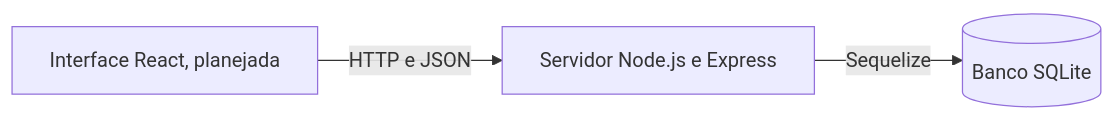
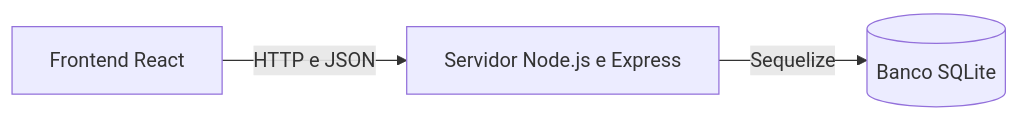
One commit to inzekwe/Online-Restaurant-Grupo-1- changed the first of 2 diagrams in README.md. Above: the diagram before and after it, drawn with Mermaid. The commit also changed other lines of this file and 19 other files, not shown here.

````diff
--- a/README.md
+++ b/README.md
@@ -46,5 +49,5 @@
 ```mermaid
 flowchart LR
-    Browser[Interface React, planejada] -->|HTTP e JSON| API[Servidor Node.js e Express]
+    Browser[Frontend React] -->|HTTP e JSON| API[Servidor Node.js e Express]
     API -->|Sequelize| DB[(Banco SQLite)]
 ```
````
